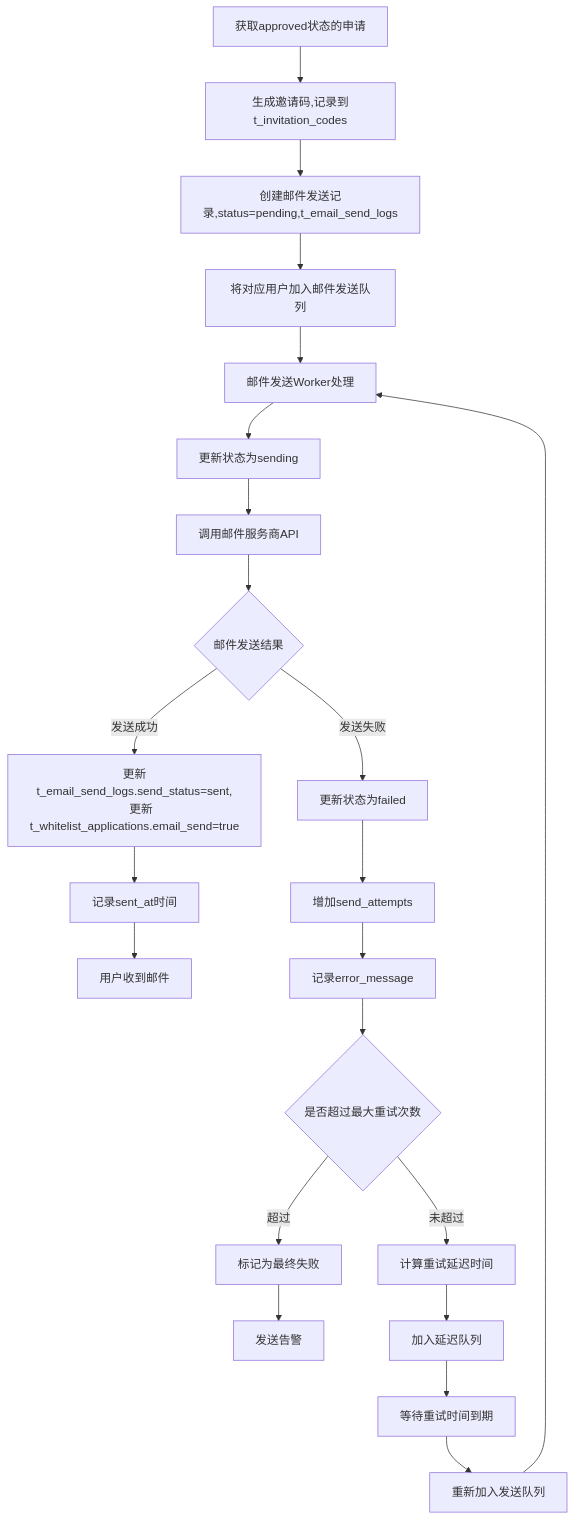
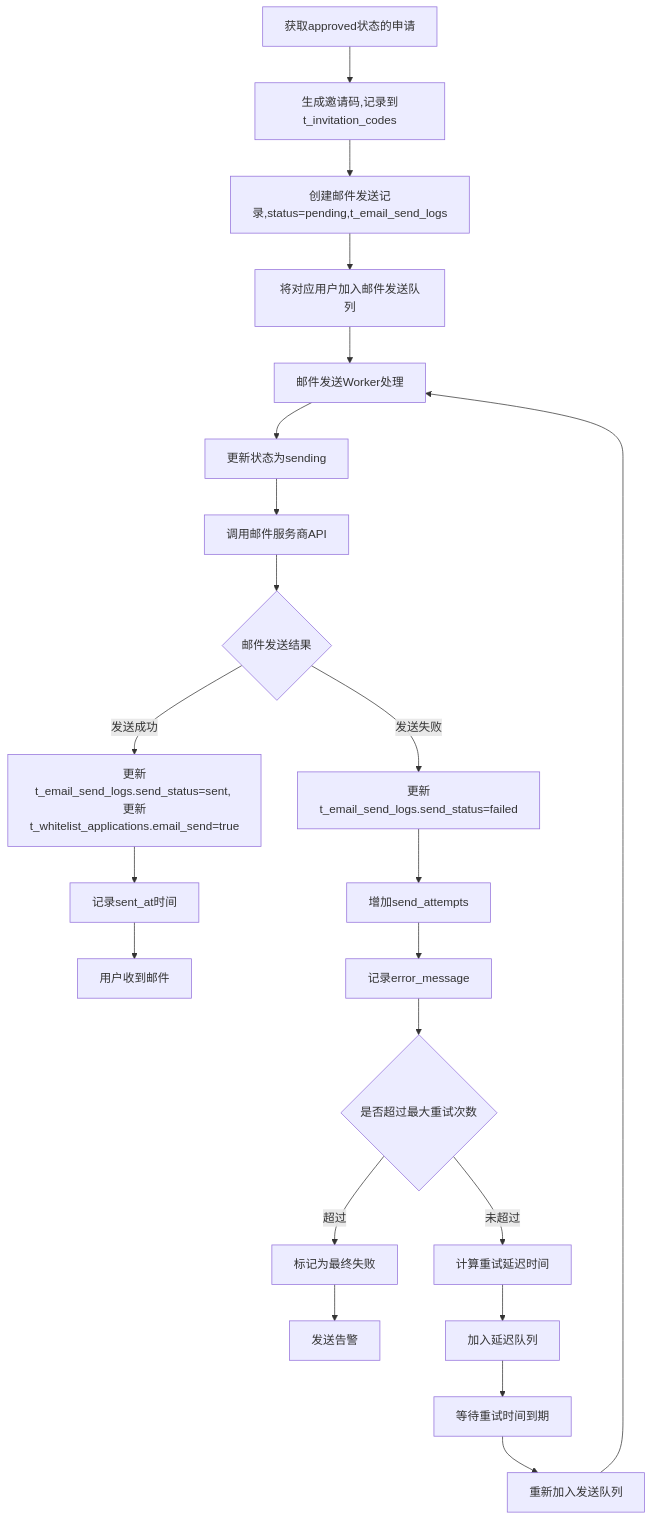
Before and after one commit to yingjianzh/iodraw-files: the diagram in all/未命名-77.md, drawn with Mermaid.

Commit message:
2025-07-08 10:08:17 update

````diff
--- a/all/未命名-77.md
+++ b/all/未命名-77.md
@@ -1,30 +1,29 @@
 ```mermaid
 
 flowchart TD
     A[获取approved状态的申请] --> B[生成邀请码,记录到t_invitation_codes]
     B --> C[创建邮件发送记录,status=pending,t_email_send_logs]
     C --> D[将对应用户加入邮件发送队列]
     
     D --> E[邮件发送Worker处理]
     E --> F[更新状态为sending]
     F --> G[调用邮件服务商API]
     G --> H{邮件发送结果}
     
-    H -->|发送成功| I[更新t_email_send_logs.send_status=sent,
-    更新t_whitelist_applications.email_send=true]
+    H -->|发送成功| I[更新t_email_send_logs.send_status=sent, 更新t_whitelist_applications.email_send=true]
     I --> J[记录sent_at时间]
     J --> K[用户收到邮件]
     
-    H -->|发送失败| L[更新状态为failed]
+    H -->|发送失败| L[更新t_email_send_logs.send_status=failed]
     L --> M[增加send_attempts]
     M --> N[记录error_message]
     N --> O{是否超过最大重试次数}
     O -->|超过| P[标记为最终失败]
     P --> Q[发送告警]
     O -->|未超过| R[计算重试延迟时间]
     R --> S[加入延迟队列]
     S --> T[等待重试时间到期]
     T --> U[重新加入发送队列]
     U --> E
 
 ```
````
